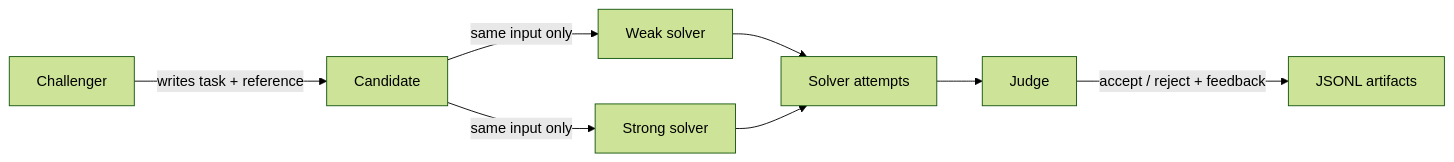
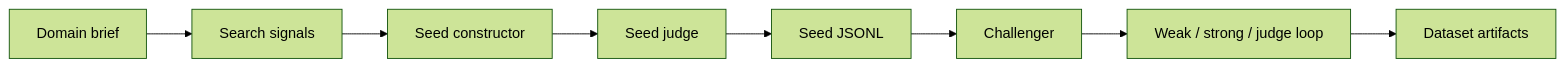
Before and after one commit to Atharva-Kanherkar/datasmith: the second of 2 diagrams in README.md, drawn with Mermaid (forest theme). The commit also changed other lines of this file and 14 other files, not shown here.

First line of the commit message:
feat: add web-grounded seed constructor

````diff
--- a/README.md
+++ b/README.md
@@ -44,10 +52,10 @@
 ```mermaid
 flowchart LR
-    Challenger[Challenger] -->|writes task + reference| Example[Candidate]
-    Example -->|same input only| Weak[Weak solver]
-    Example -->|same input only| Strong[Strong solver]
-    Weak --> Attempts[Solver attempts]
-    Strong --> Attempts
-    Attempts --> Judge[Judge]
-    Judge -->|accept / reject + feedback| Artifacts[JSONL artifacts]
+    Brief[Domain brief] --> Search[Search signals]
+    Search --> SeedConstructor[Seed constructor]
+    SeedConstructor --> SeedJudge[Seed judge]
+    SeedJudge --> Seeds[Seed JSONL]
+    Seeds --> Challenger[Challenger]
+    Challenger --> DataJudge[Weak / strong / judge loop]
+    DataJudge --> Artifacts[Dataset artifacts]
 ```
````
